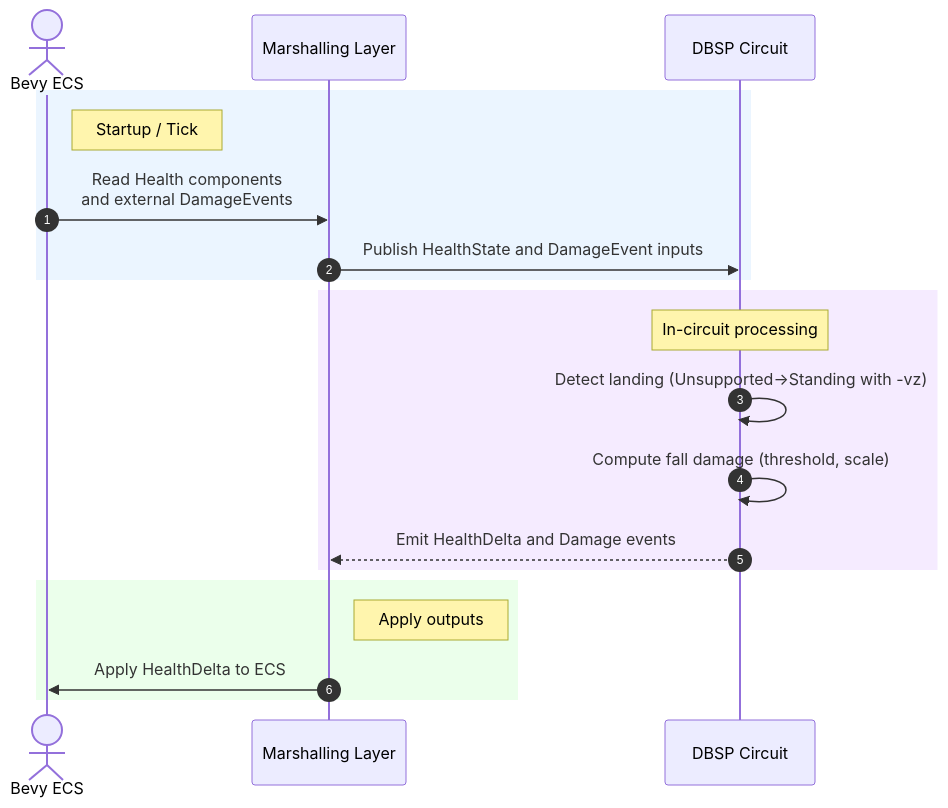
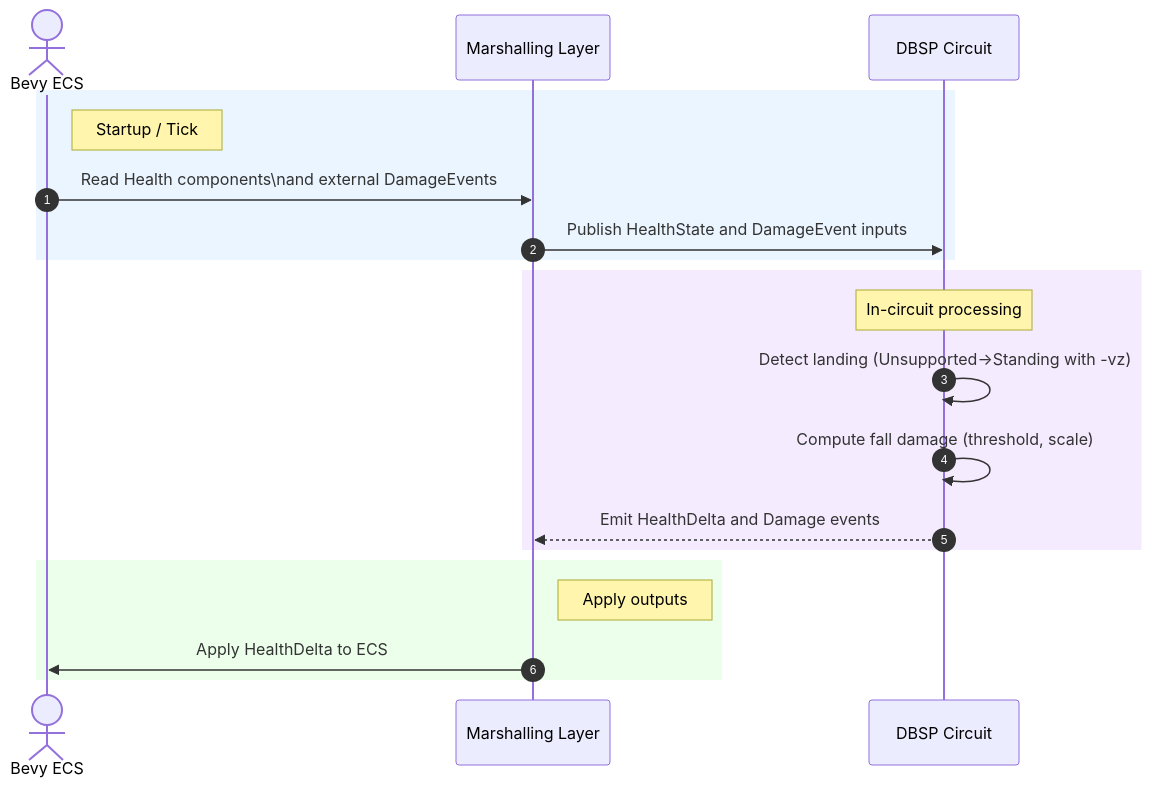
One commit to leynos/lille changed the fifth of 5 diagrams in docs/lille-physics-engine-design.md. Above: the diagram before and after it, drawn with Mermaid. The commit also changed other lines of this file and 1 other file, not shown here.

Commit message:
Detail health circuit schema

````diff
--- a/docs/lille-physics-engine-design.md
+++ b/docs/lille-physics-engine-design.md
@@ -301,25 +311,25 @@
 ```mermaid
 sequenceDiagram
   autonumber
   actor Dev as Bevy ECS
   participant M as Marshalling Layer
   participant C as DBSP Circuit
 
   rect rgb(235,245,255)
   note right of Dev: Startup / Tick
-  Dev->>M: Read Health components<br/>and external DamageEvents
+  Dev->>M: Read Health components\nand external DamageEvents
   M->>C: Publish HealthState and DamageEvent inputs
   end
 
   rect rgb(245,235,255)
   note over C: In-circuit processing
   C->>C: Detect landing (Unsupported→Standing with -vz)
   C->>C: Compute fall damage (threshold, scale)
   C-->>M: Emit HealthDelta and Damage events
   end
 
   rect rgb(235,255,235)
   note right of M: Apply outputs
   M->>Dev: Apply HealthDelta to ECS
   end
 ```
````
